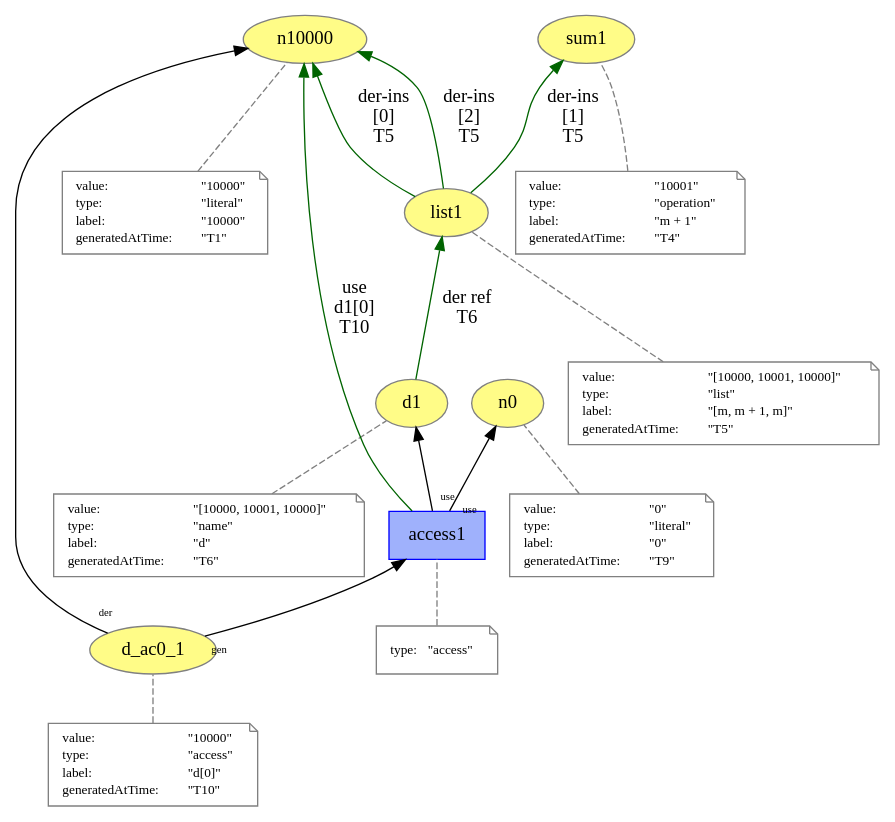
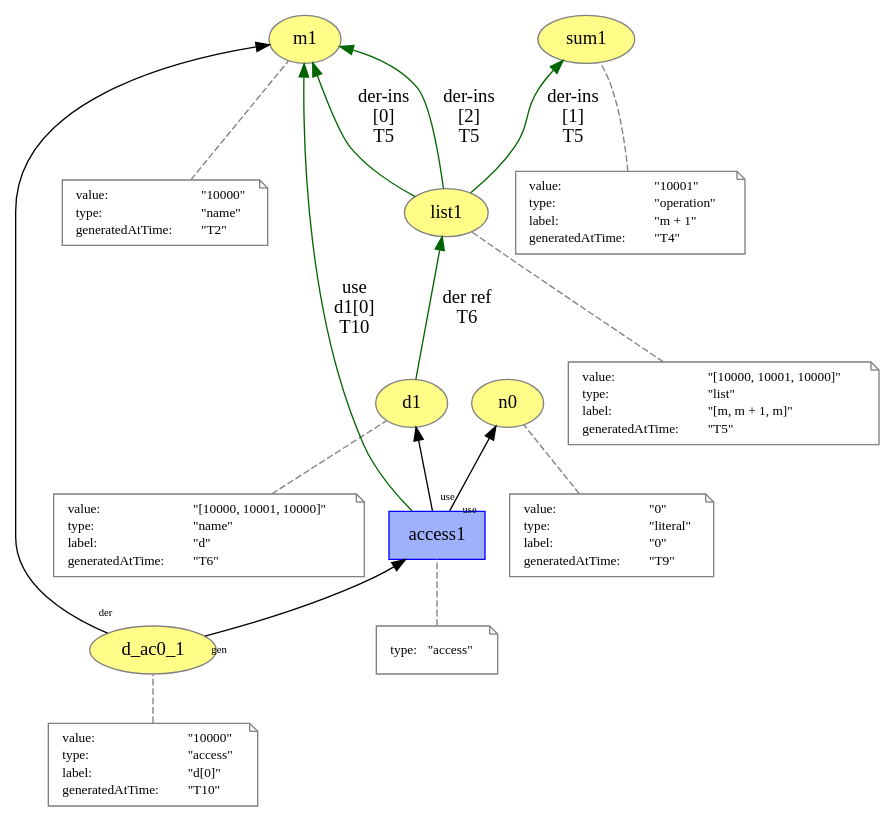
One commit to dew-uff/versioned-prov changed the diagram in versioned_prov/access.dot. Above: the diagram before and after it, drawn with Graphviz. The commit also changed 47 other files, not shown here.

```diff
--- a/versioned_prov/access.dot
+++ b/versioned_prov/access.dot
@@ -1,148 +1,144 @@
 digraph "PROV" { size="16,12"; rankdir="BT";
-"http://example.org/n10000" [fillcolor="#FFFC87",color="#808080",style="filled",label="n10000",URL="http://example.org/n10000"]
+"http://example.org/m1" [fillcolor="#FFFC87",color="#808080",style="filled",label="m1",URL="http://example.org/m1"]
 "-attrs0" [color="gray",shape="note",fontsize="10",fontcolor="black",label=<<TABLE cellpadding="0" border="0">
 	<TR>
 	    <TD align="left">value:</TD>
 	    <TD align="left">&quot;10000&quot;</TD>
 	</TR>
 	<TR>
 	    <TD align="left">type:</TD>
-	    <TD align="left">&quot;literal&quot;</TD>
-	</TR>
-	<TR>
-	    <TD align="left">label:</TD>
-	    <TD align="left">&quot;10000&quot;</TD>
+	    <TD align="left">&quot;name&quot;</TD>
 	</TR>
 	<TR>
 	    <TD align="left">generatedAtTime:</TD>
-	    <TD align="left">&quot;T1&quot;</TD>
+	    <TD align="left">&quot;T2&quot;</TD>
 	</TR>
 </TABLE>>]
-"-attrs0" -> "http://example.org/n10000" [color="gray",style="dashed",arrowhead="none"]
+"-attrs0" -> "http://example.org/m1" [color="gray",style="dashed",arrowhead="none"]
 "http://example.org/sum1" [fillcolor="#FFFC87",color="#808080",style="filled",label="sum1",URL="http://example.org/sum1"]
 "-attrs1" [color="gray",shape="note",fontsize="10",fontcolor="black",label=<<TABLE cellpadding="0" border="0">
 	<TR>
 	    <TD align="left">value:</TD>
 	    <TD align="left">&quot;10001&quot;</TD>
 	</TR>
 	<TR>
 	    <TD align="left">type:</TD>
 	    <TD align="left">&quot;operation&quot;</TD>
 	</TR>
 	<TR>
 	    <TD align="left">label:</TD>
 	    <TD align="left">&quot;m + 1&quot;</TD>
 	</TR>
 	<TR>
 	    <TD align="left">generatedAtTime:</TD>
 	    <TD align="left">&quot;T4&quot;</TD>
 	</TR>
 </TABLE>>]
 "-attrs1" -> "http://example.org/sum1" [color="gray",style="dashed",arrowhead="none"]
 "http://example.org/list1" [fillcolor="#FFFC87",color="#808080",style="filled",label="list1",URL="http://example.org/list1"]
 "-attrs2" [color="gray",shape="note",fontsize="10",fontcolor="black",label=<<TABLE cellpadding="0" border="0">
 	<TR>
 	    <TD align="left">value:</TD>
 	    <TD align="left">&quot;[10000, 10001, 10000]&quot;</TD>
 	</TR>
 	<TR>
 	    <TD align="left">type:</TD>
 	    <TD align="left">&quot;list&quot;</TD>
 	</TR>
 	<TR>
 	    <TD align="left">label:</TD>
 	    <TD align="left">&quot;[m, m + 1, m]&quot;</TD>
 	</TR>
 	<TR>
 	    <TD align="left">generatedAtTime:</TD>
 	    <TD align="left">&quot;T5&quot;</TD>
 	</TR>
 </TABLE>>]
 "-attrs2" -> "http://example.org/list1" [color="gray",style="dashed",arrowhead="none"]
-"http://example.org/list1" -> "http://example.org/n10000" [labelfontsize="8",labeldistance="1.5",color="darkgreen",labelangle="60.0",rotation="20",label="der-ins
+"http://example.org/list1" -> "http://example.org/m1" [labelfontsize="8",labeldistance="1.5",color="darkgreen",labelangle="60.0",rotation="20",label="der-ins
 [0]
 T5"]
 "http://example.org/list1" -> "http://example.org/sum1" [labelfontsize="8",labeldistance="1.5",color="darkgreen",labelangle="60.0",rotation="20",label="der-ins
 [1]
 T5"]
-"http://example.org/list1" -> "http://example.org/n10000" [labelfontsize="8",labeldistance="1.5",color="darkgreen",labelangle="60.0",rotation="20",label="der-ins
+"http://example.org/list1" -> "http://example.org/m1" [labelfontsize="8",labeldistance="1.5",color="darkgreen",labelangle="60.0",rotation="20",label="der-ins
 [2]
 T5"]
 "http://example.org/d1" [fillcolor="#FFFC87",color="#808080",style="filled",label="d1",URL="http://example.org/d1"]
 "-attrs3" [color="gray",shape="note",fontsize="10",fontcolor="black",label=<<TABLE cellpadding="0" border="0">
 	<TR>
 	    <TD align="left">value:</TD>
 	    <TD align="left">&quot;[10000, 10001, 10000]&quot;</TD>
 	</TR>
 	<TR>
 	    <TD align="left">type:</TD>
 	    <TD align="left">&quot;name&quot;</TD>
 	</TR>
 	<TR>
 	    <TD align="left">label:</TD>
 	    <TD align="left">&quot;d&quot;</TD>
 	</TR>
 	<TR>
 	    <TD align="left">generatedAtTime:</TD>
 	    <TD align="left">&quot;T6&quot;</TD>
 	</TR>
 </TABLE>>]
 "-attrs3" -> "http://example.org/d1" [color="gray",style="dashed",arrowhead="none"]
 "http://example.org/d1" -> "http://example.org/list1" [labelfontsize="8",labeldistance="1.5",color="darkgreen",labelangle="60.0",rotation="20",label="der ref
 T6"]
 "http://example.org/n0" [fillcolor="#FFFC87",color="#808080",style="filled",label="n0",URL="http://example.org/n0"]
 "-attrs4" [color="gray",shape="note",fontsize="10",fontcolor="black",label=<<TABLE cellpadding="0" border="0">
 	<TR>
 	    <TD align="left">value:</TD>
 	    <TD align="left">&quot;0&quot;</TD>
 	</TR>
 	<TR>
 	    <TD align="left">type:</TD>
 	    <TD align="left">&quot;literal&quot;</TD>
 	</TR>
 	<TR>
 	    <TD align="left">label:</TD>
 	    <TD align="left">&quot;0&quot;</TD>
 	</TR>
 	<TR>
 	    <TD align="left">generatedAtTime:</TD>
 	    <TD align="left">&quot;T9&quot;</TD>
 	</TR>
 </TABLE>>]
 "-attrs4" -> "http://example.org/n0" [color="gray",style="dashed",arrowhead="none"]
 "http://example.org/d_ac0_1" [fillcolor="#FFFC87",color="#808080",style="filled",label="d_ac0_1",URL="http://example.org/d_ac0_1"]
 "-attrs5" [color="gray",shape="note",fontsize="10",fontcolor="black",label=<<TABLE cellpadding="0" border="0">
 	<TR>
 	    <TD align="left">value:</TD>
 	    <TD align="left">&quot;10000&quot;</TD>
 	</TR>
 	<TR>
 	    <TD align="left">type:</TD>
 	    <TD align="left">&quot;access&quot;</TD>
 	</TR>
 	<TR>
 	    <TD align="left">label:</TD>
 	    <TD align="left">&quot;d[0]&quot;</TD>
 	</TR>
 	<TR>
 	    <TD align="left">generatedAtTime:</TD>
 	    <TD align="left">&quot;T10&quot;</TD>
 	</TR>
 </TABLE>>]
 "-attrs5" -> "http://example.org/d_ac0_1" [color="gray",style="dashed",arrowhead="none"]
 "http://example.org/access1" [fillcolor="#9FB1FC",color="#0000FF",shape="polygon",sides="4",style="filled",label="access1",URL="http://example.org/access1"]
 "-attrs6" [color="gray",shape="note",fontsize="10",fontcolor="black",label=<<TABLE cellpadding="0" border="0">
 	<TR>
 	    <TD align="left">type:</TD>
 	    <TD align="left">&quot;access&quot;</TD>
 	</TR>
 </TABLE>>]
 "-attrs6" -> "http://example.org/access1" [color="gray",style="dashed",arrowhead="none"]
 "http://example.org/access1" -> "http://example.org/d1" [labelfontsize="8",labeldistance="1.5",labelangle="60.0",rotation="20",taillabel="use"]
 "http://example.org/access1" -> "http://example.org/n0" [labelfontsize="8",labeldistance="1.5",labelangle="60.0",rotation="20",taillabel="use"]
-"http://example.org/access1" -> "http://example.org/n10000" [labelfontsize="8",labeldistance="1.5",color="darkgreen",labelangle="60.0",rotation="20",label="use
+"http://example.org/access1" -> "http://example.org/m1" [labelfontsize="8",labeldistance="1.5",color="darkgreen",labelangle="60.0",rotation="20",label="use
 d1[0]
 T10"]
 "http://example.org/d_ac0_1" -> "http://example.org/access1" [labelfontsize="8",labeldistance="1.5",labelangle="60.0",rotation="20",taillabel="gen"]
-"http://example.org/d_ac0_1" -> "http://example.org/n10000" [labelfontsize="8",labeldistance="1.5",labelangle="60.0",rotation="20",taillabel="der"]
+"http://example.org/d_ac0_1" -> "http://example.org/m1" [labelfontsize="8",labeldistance="1.5",labelangle="60.0",rotation="20",taillabel="der"]
 }
```
